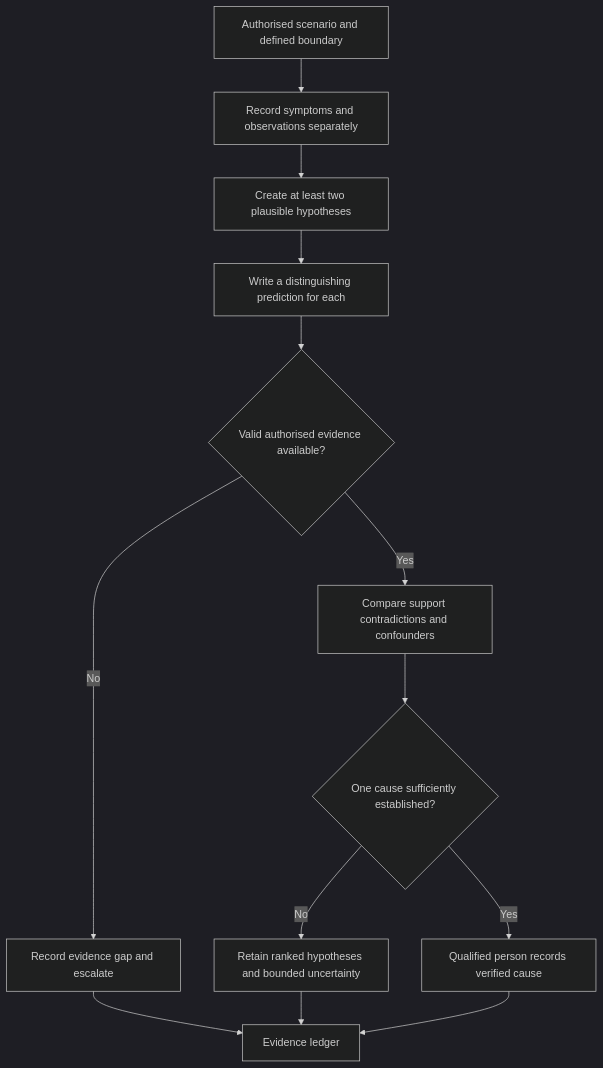
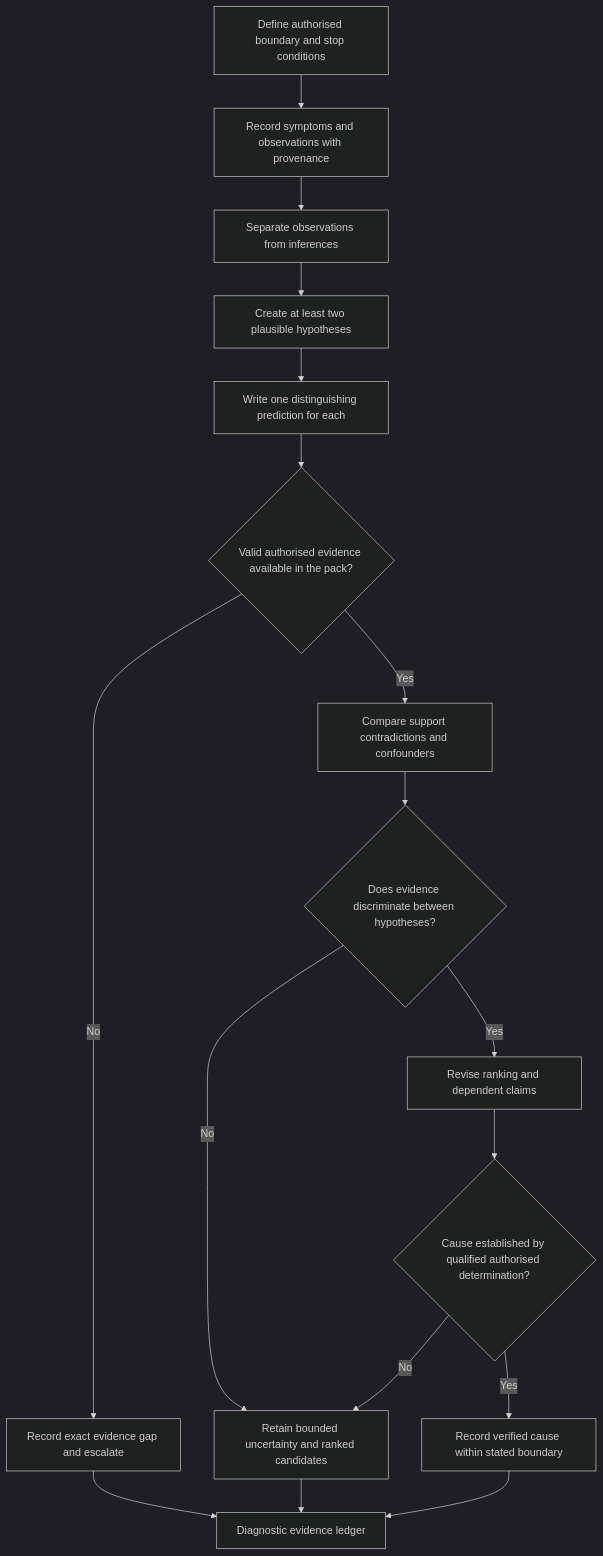
One commit to andrew3stedall/capstone changed the diagram in docs/learning-plans/6-week/modules/day-39-systematic-fault-finding-workflow-and-evidence-control.md. Above: the diagram before and after it, drawn with Mermaid (dark theme). The commit also changed other lines of this file and 4 other files, not shown here.

````diff
--- a/docs/learning-plans/6-week/modules/day-39-systematic-fault-finding-workflow-and-evidence-control.md
+++ b/docs/learning-plans/6-week/modules/day-39-systematic-fault-finding-workflow-and-evidence-control.md
@@ -57,15 +117,19 @@
 ```mermaid
 flowchart TD
-    A[Authorised scenario and defined boundary] --> B[Record symptoms and observations separately]
-    B --> C[Create at least two plausible hypotheses]
-    C --> D[Write a distinguishing prediction for each]
-    D --> E{Valid authorised evidence available?}
-    E -->|No| F[Record evidence gap and escalate]
-    E -->|Yes| G[Compare support contradictions and confounders]
-    G --> H{One cause sufficiently established?}
-    H -->|No| I[Retain ranked hypotheses and bounded uncertainty]
-    H -->|Yes| J[Qualified person records verified cause]
-    F --> K[Evidence ledger]
-    I --> K
-    J --> K
+    A[Define authorised boundary and stop conditions] --> B[Record symptoms and observations with provenance]
+    B --> C[Separate observations from inferences]
+    C --> D[Create at least two plausible hypotheses]
+    D --> E[Write one distinguishing prediction for each]
+    E --> F{Valid authorised evidence available in the pack?}
+    F -->|No| G[Record exact evidence gap and escalate]
+    F -->|Yes| H[Compare support contradictions and confounders]
+    H --> I{Does evidence discriminate between hypotheses?}
+    I -->|No| J[Retain bounded uncertainty and ranked candidates]
+    I -->|Yes| K[Revise ranking and dependent claims]
+    K --> L{Cause established by qualified authorised determination?}
+    L -->|No| J
+    L -->|Yes| M[Record verified cause within stated boundary]
+    G --> N[Diagnostic evidence ledger]
+    J --> N
+    M --> N
 ```
````
